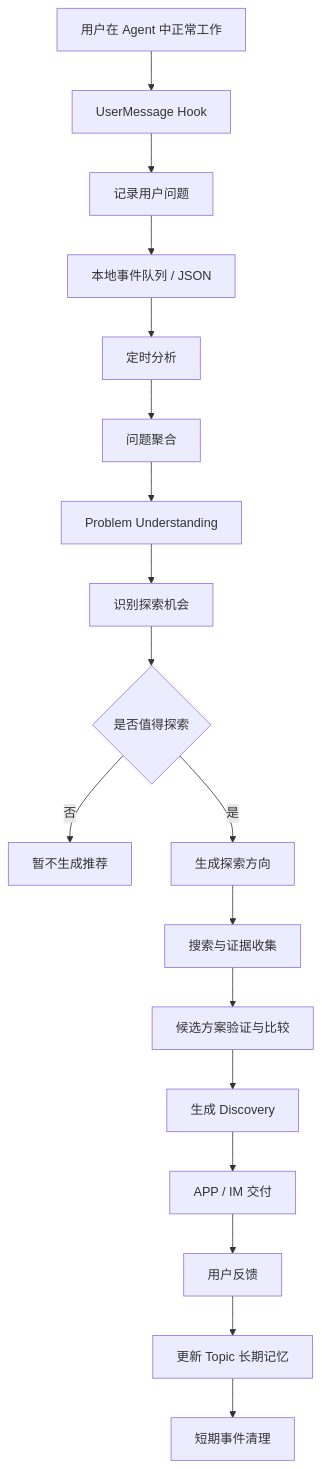
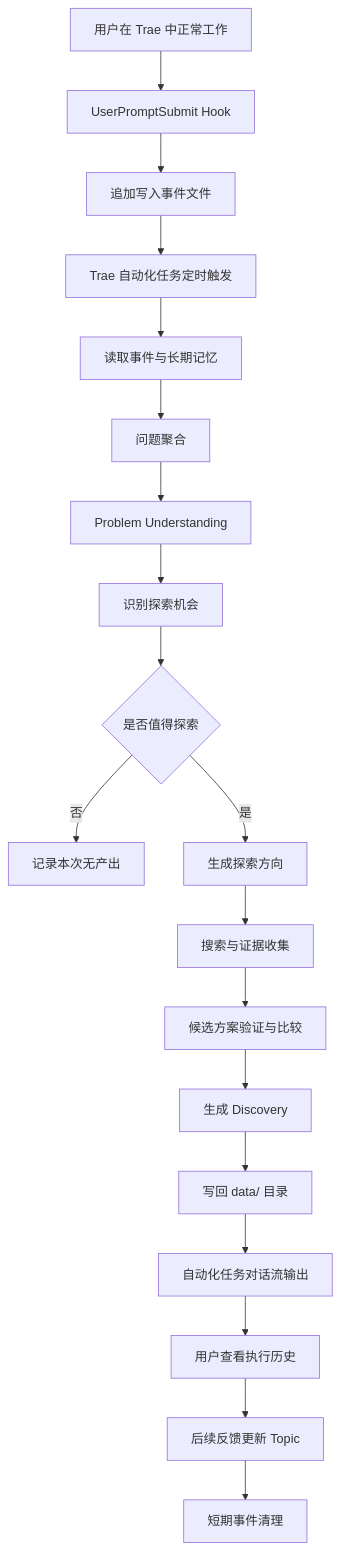
One commit to LYJ132/Fomor changed the second of 3 diagrams in docs/PRD.md. Above: the diagram before and after it, drawn with Mermaid. The commit also changed other lines of this file and 2 other files, not shown here.

````diff
--- a/docs/PRD.md
+++ b/docs/PRD.md
@@ -720,20 +781,21 @@
 ```mermaid
 flowchart TD
-    A[用户在 Agent 中正常工作] --> B[UserMessage Hook]
-    B --> C[记录用户问题]
-    C --> D[本地事件队列 / JSON]
-    D --> E[定时分析]
+    A[用户在 Trae 中正常工作] --> B[UserPromptSubmit Hook]
+    B --> C[追加写入事件文件]
+    C --> D[Trae 自动化任务定时触发]
+    D --> E[读取事件与长期记忆]
     E --> F[问题聚合]
     F --> G[Problem Understanding]
     G --> H[识别探索机会]
     H --> I{是否值得探索}
-    I -->|否| J[暂不生成推荐]
+    I -->|否| J[记录本次无产出]
     I -->|是| K[生成探索方向]
     K --> L[搜索与证据收集]
     L --> M[候选方案验证与比较]
     M --> N[生成 Discovery]
-    N --> O[APP / IM 交付]
-    O --> P[用户反馈]
-    P --> Q[更新 Topic 长期记忆]
-    Q --> R[短期事件清理]
+    N --> O[写回 data/ 目录]
+    O --> P[自动化任务对话流输出]
+    P --> Q[用户查看执行历史]
+    Q --> R[后续反馈更新 Topic]
+    R --> S[短期事件清理]
 ```
````
